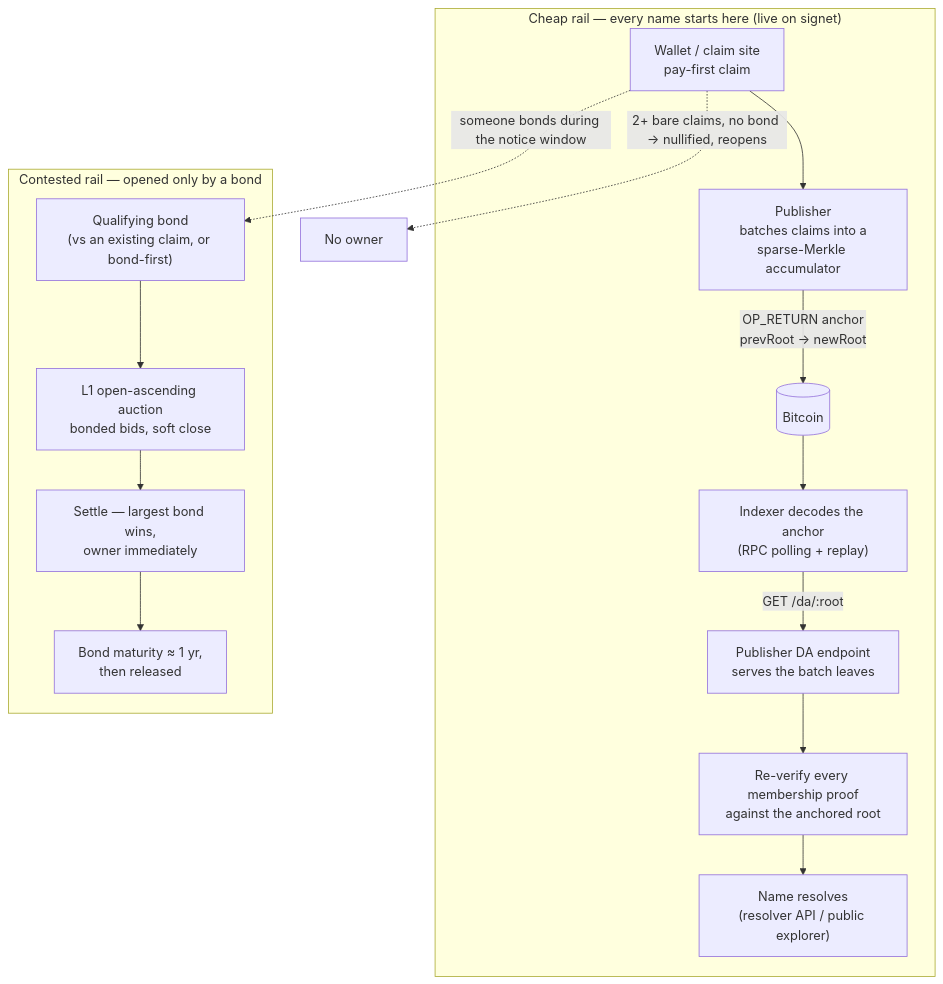
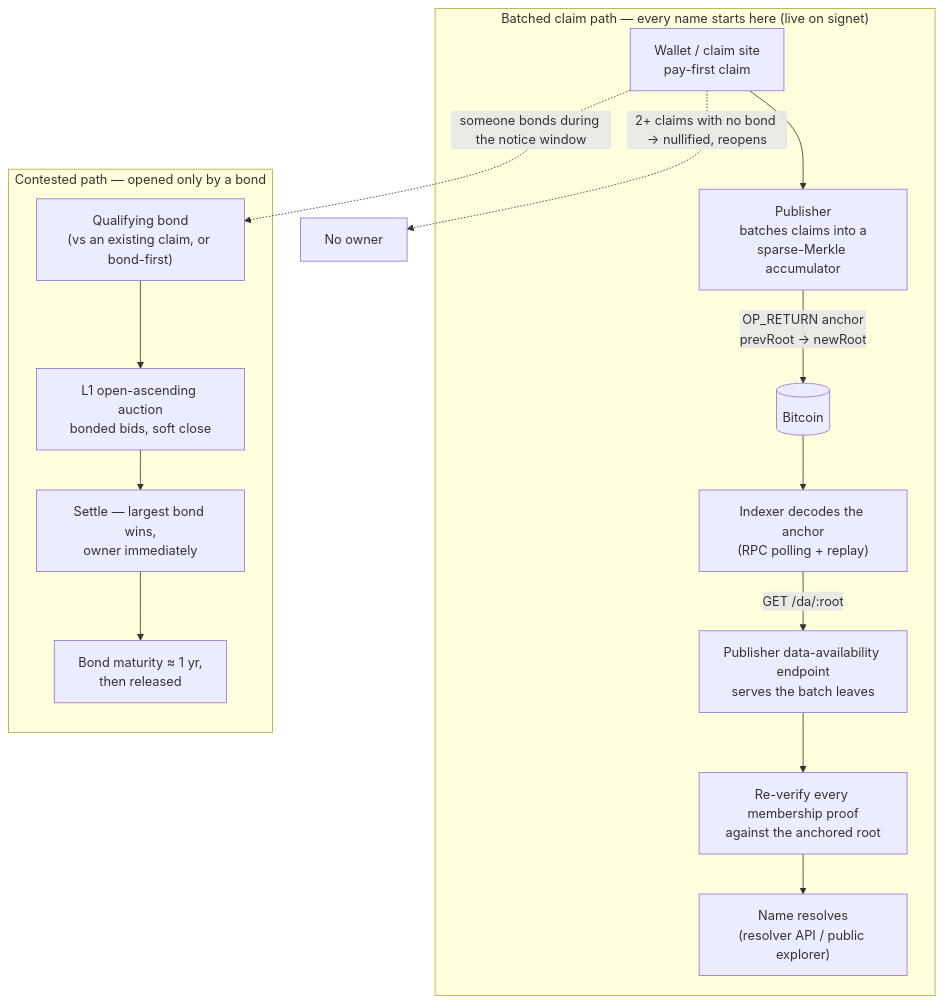
Before and after one commit to deekay/ont: the diagram in README.md, drawn with Mermaid. The commit also changed other lines of this file and 18 other files, not shown here.

````diff
--- a/README.md
+++ b/README.md
@@ -61,18 +61,18 @@
 ```mermaid
 flowchart TB
-  subgraph CHEAP["Cheap rail — every name starts here (live on signet)"]
+  subgraph CHEAP["Batched claim path — every name starts here (live on signet)"]
     W["Wallet / claim site<br/>pay-first claim"] --> PB["Publisher<br/>batches claims into a<br/>sparse-Merkle accumulator"]
     PB -->|"OP_RETURN anchor<br/>prevRoot → newRoot"| BTC[("Bitcoin")]
     BTC --> IX["Indexer decodes the anchor<br/>(RPC polling + replay)"]
-    IX -->|"GET /da/:root"| DA["Publisher DA endpoint<br/>serves the batch leaves"]
-    DA --> RV["Re-verify every membership proof<br/>against the anchored root"]
+    IX -->|"GET /da/:root"| DAEP["Publisher data-availability endpoint<br/>serves the batch leaves"]
+    DAEP --> RV["Re-verify every membership proof<br/>against the anchored root"]
     RV --> RES["Name resolves<br/>(resolver API / public explorer)"]
   end
-  subgraph CONT["Contested rail — opened only by a bond"]
+  subgraph CONT["Contested path — opened only by a bond"]
     BD["Qualifying bond<br/>(vs an existing claim, or bond-first)"] --> AUC["L1 open-ascending auction<br/>bonded bids, soft close"]
     AUC --> SET["Settle — largest bond wins,<br/>owner immediately"]
     SET --> MAT["Bond maturity ≈ 1 yr,<br/>then released"]
   end
   W -. "someone bonds during the notice window" .-> BD
-  W -. "2+ bare claims, no bond → nullified, reopens" .-> NX["No owner"]
+  W -. "2+ claims with no bond → nullified, reopens" .-> NX["No owner"]
 ```
````
